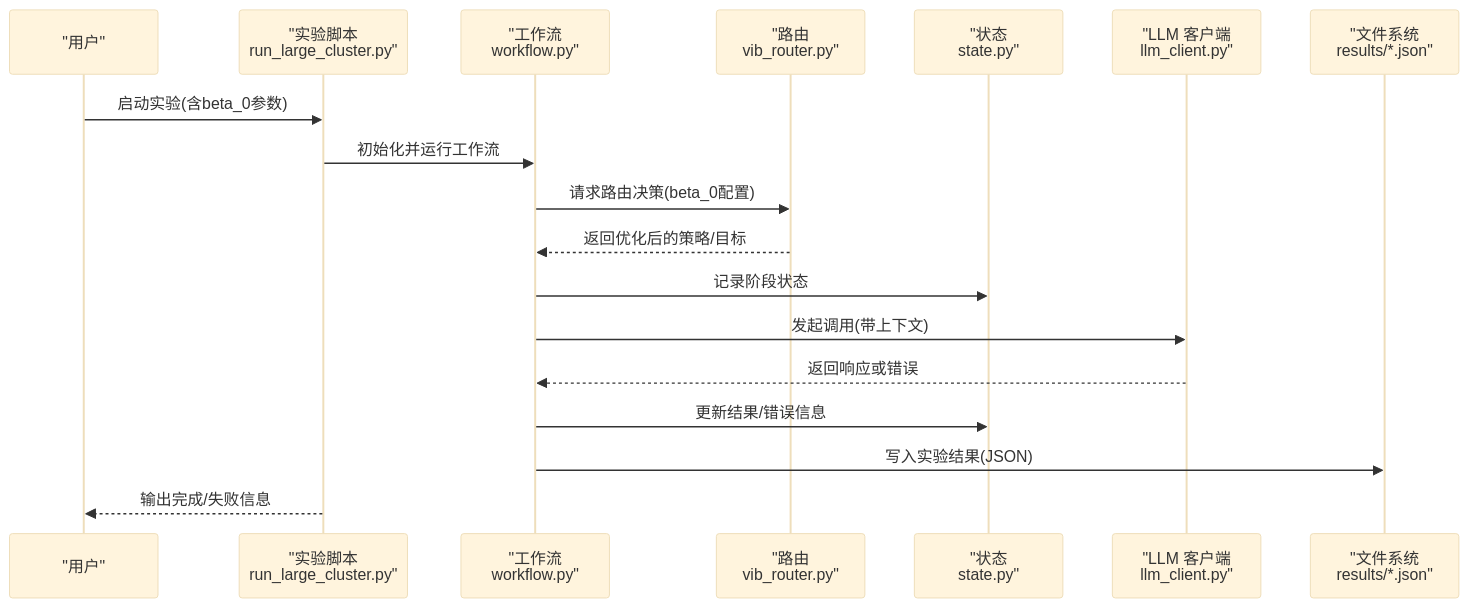
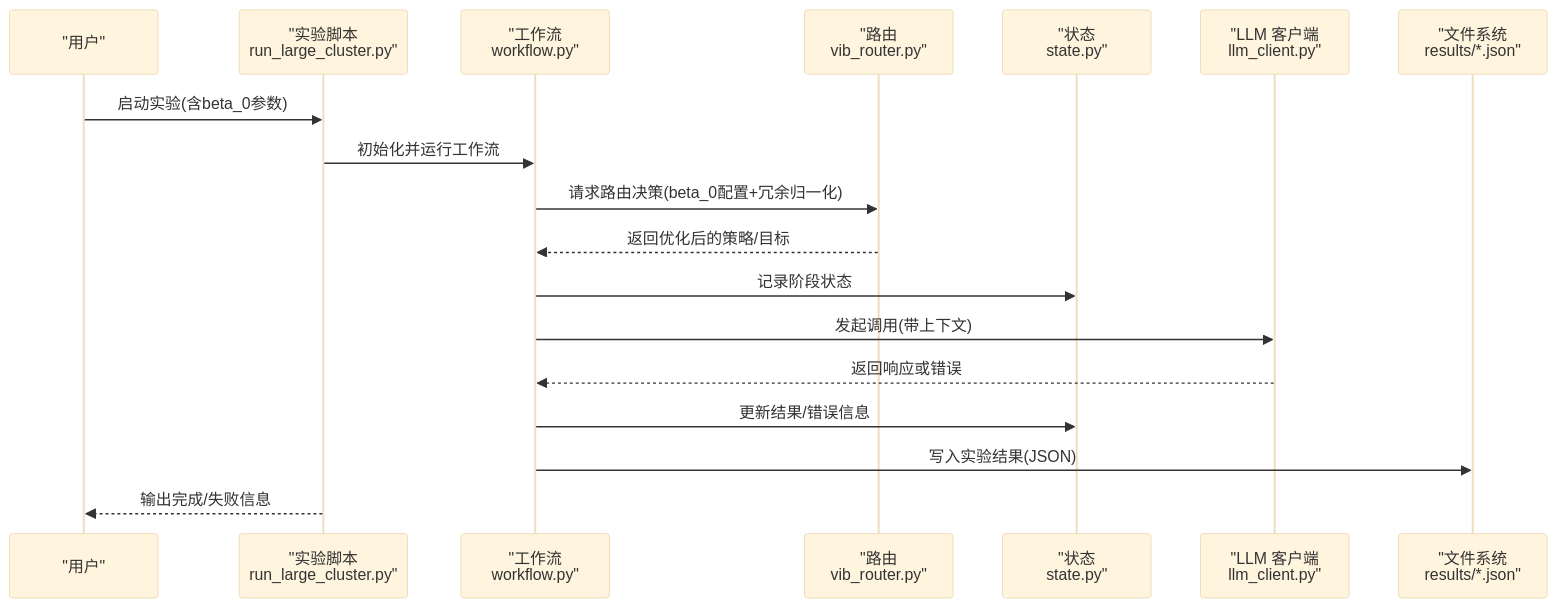
Before and after one commit to QuStarry/VIB-SparseCommunication: the second of 6 diagrams in .qoder/repowiki/zh/content/核心架构/实验框架/大规模集群实验.md, drawn with Mermaid (base theme). The commit also changed other lines of this file and 32 other files, not shown here.

````diff
--- a/.qoder/repowiki/zh/content/核心架构/实验框架/大规模集群实验.md
+++ b/.qoder/repowiki/zh/content/核心架构/实验框架/大规模集群实验.md
@@ -108,20 +110,20 @@
 ```mermaid
 sequenceDiagram
 participant U as "用户"
 participant CLI as "实验脚本<br/>run_large_cluster.py"
 participant WF as "工作流<br/>workflow.py"
 participant RT as "路由<br/>vib_router.py"
 participant ST as "状态<br/>state.py"
 participant LLM as "LLM 客户端<br/>llm_client.py"
 participant FS as "文件系统<br/>results/*.json"
 U->>CLI : 启动实验(含beta_0参数)
 CLI->>WF : 初始化并运行工作流
-WF->>RT : 请求路由决策(beta_0配置)
+WF->>RT : 请求路由决策(beta_0配置+冗余归一化)
 RT-->>WF : 返回优化后的策略/目标
 WF->>ST : 记录阶段状态
 WF->>LLM : 发起调用(带上下文)
 LLM-->>WF : 返回响应或错误
 WF->>ST : 更新结果/错误信息
 WF->>FS : 写入实验结果(JSON)
 CLI-->>U : 输出完成/失败信息
 ```
````
